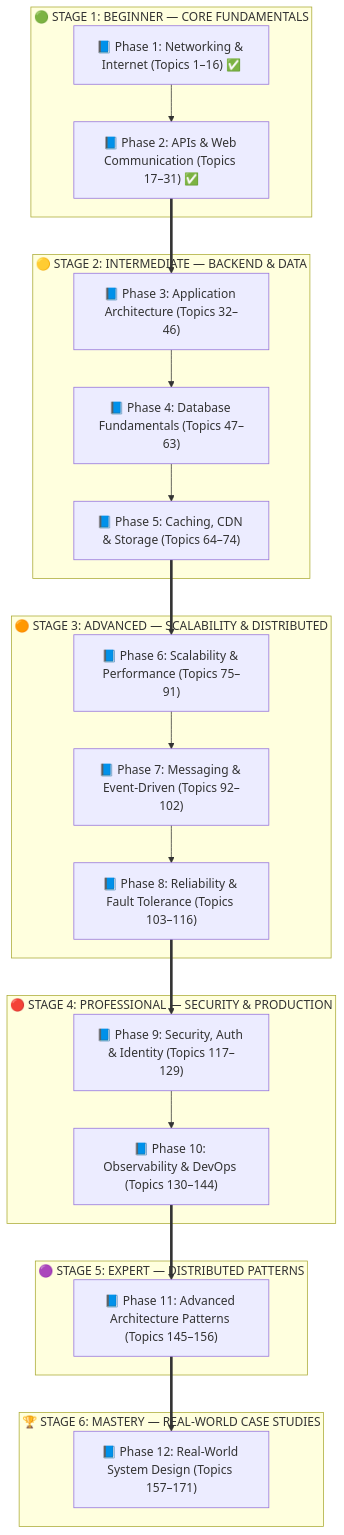
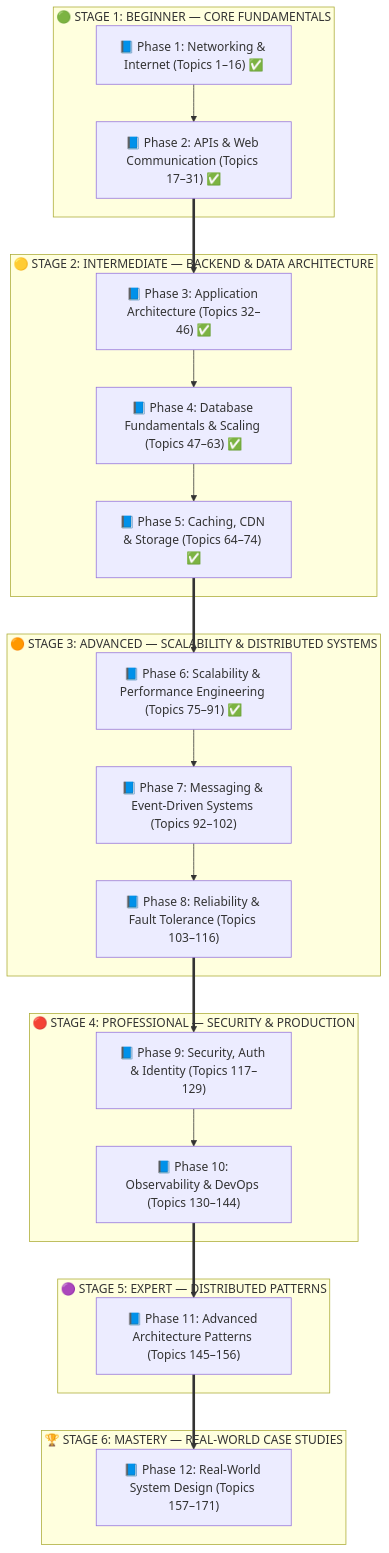
One commit to Sujalkathait/high-level-design changed the first of 24 diagrams in README.md. Above: the diagram before and after it, drawn with Mermaid. The commit also changed other lines of this file, not shown here.

Commit message:
docs: cover Phases 1-6 (Architecture, Caching, Databases, Scalability, Load Balancing) with visual diagrams

````diff
--- a/README.md
+++ b/README.md
@@ -9,34 +9,34 @@
 ```mermaid
 flowchart TD
     subgraph Stage1 [🟢 STAGE 1: BEGINNER — CORE FUNDAMENTALS]
         P1["📘 Phase 1: Networking & Internet (Topics 1–16) ✅"]
         P2["📘 Phase 2: APIs & Web Communication (Topics 17–31) ✅"]
     end
 
-    subgraph Stage2 [🟡 STAGE 2: INTERMEDIATE — BACKEND & DATA]
-        P3["📘 Phase 3: Application Architecture (Topics 32–46)"]
-        P4["📘 Phase 4: Database Fundamentals (Topics 47–63)"]
-        P5["📘 Phase 5: Caching, CDN & Storage (Topics 64–74)"]
+    subgraph Stage2 [🟡 STAGE 2: INTERMEDIATE — BACKEND & DATA ARCHITECTURE]
+        P3["📘 Phase 3: Application Architecture (Topics 32–46) ✅"]
+        P4["📘 Phase 4: Database Fundamentals & Scaling (Topics 47–63) ✅"]
+        P5["📘 Phase 5: Caching, CDN & Storage (Topics 64–74) ✅"]
     end
 
-    subgraph Stage3 [🟠 STAGE 3: ADVANCED — SCALABILITY & DISTRIBUTED]
-        P6["📘 Phase 6: Scalability & Performance (Topics 75–91)"]
-        P7["📘 Phase 7: Messaging & Event-Driven (Topics 92–102)"]
+    subgraph Stage3 [🟠 STAGE 3: ADVANCED — SCALABILITY & DISTRIBUTED SYSTEMS]
+        P6["📘 Phase 6: Scalability & Performance Engineering (Topics 75–91) ✅"]
+        P7["📘 Phase 7: Messaging & Event-Driven Systems (Topics 92–102)"]
         P8["📘 Phase 8: Reliability & Fault Tolerance (Topics 103–116)"]
     end
 
     subgraph Stage4 [🔴 STAGE 4: PROFESSIONAL — SECURITY & PRODUCTION]
         P9["📘 Phase 9: Security, Auth & Identity (Topics 117–129)"]
         P10["📘 Phase 10: Observability & DevOps (Topics 130–144)"]
     end
 
     subgraph Stage5 [🟣 STAGE 5: EXPERT — DISTRIBUTED PATTERNS]
         P11["📘 Phase 11: Advanced Architecture Patterns (Topics 145–156)"]
     end
 
     subgraph Stage6 [🏆 STAGE 6: MASTERY — REAL-WORLD CASE STUDIES]
         P12["📘 Phase 12: Real-World System Design (Topics 157–171)"]
     end
 
     P1 --> P2 ==> P3 --> P4 --> P5 ==> P6 --> P7 --> P8 ==> P9 --> P10 ==> P11 ==> P12
 ```
````
